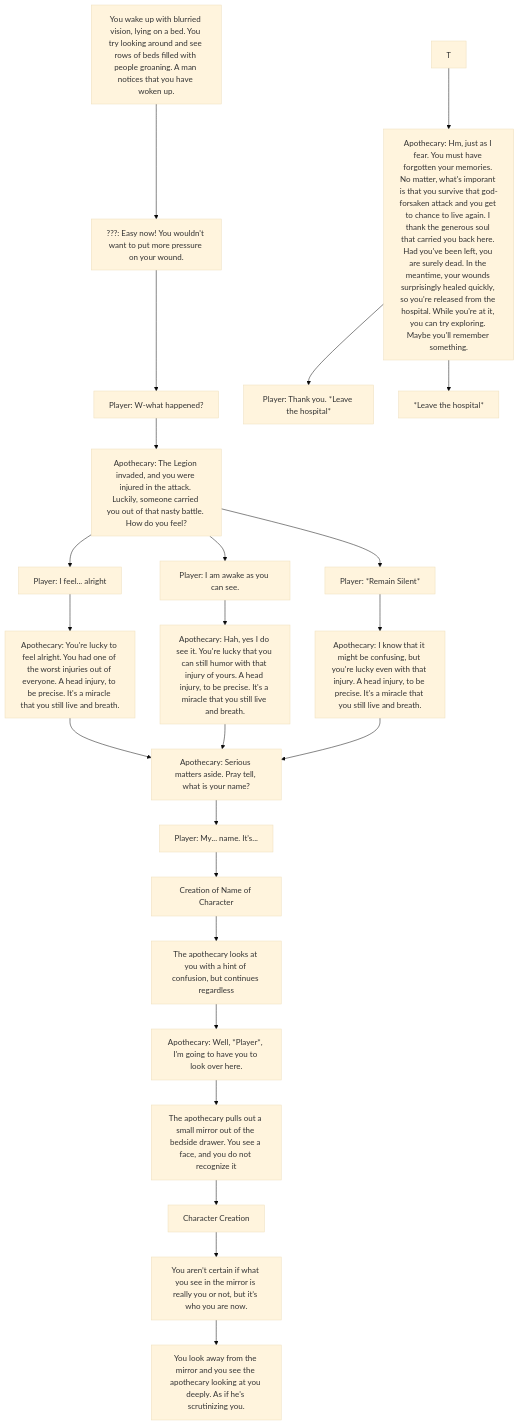
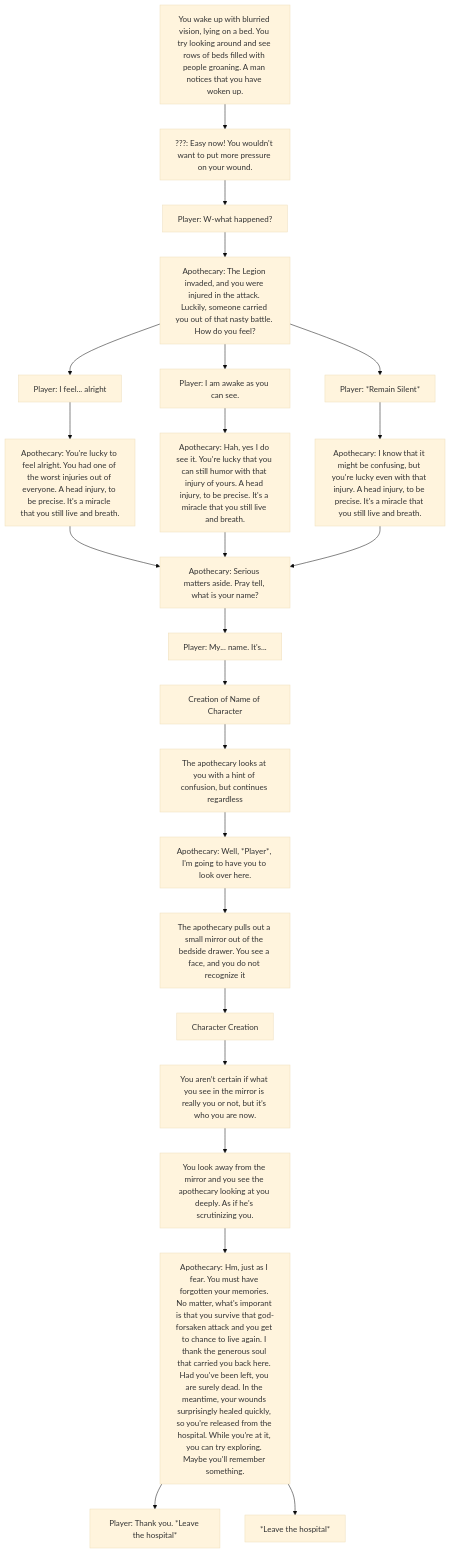
The diagram in Q1-Apothecary.md (padillaryl/cc3-rpg-DialogueTree), drawn with Mermaid (base theme) before and after one commit.

````diff
--- a/Q1-Apothecary.md
+++ b/Q1-Apothecary.md
@@ -1,32 +1,32 @@
 ```mermaid
 flowchart TD
     A[You wake up with blurried vision, lying on a bed. You try looking around and see rows of beds filled with people groaning. A man notices that you have woken up.]
     A --> B[???: Easy now! You wouldn't want to put more pressure on your wound.] --> C[Player: W-what happened?]
 
     C --> D[Apothecary: The Legion invaded, and you were injured in the attack. Luckily, someone carried you out of that nasty battle. How do you feel?]
     D --> E[Player: I feel... alright]
     D --> F[Player: I am awake as you can see.]
     D --> G[Player: *Remain Silent*]
 
     E  --> H[Apothecary: You're lucky to feel alright. You had one of the worst injuries out of everyone. A head injury, to be precise. It's a miracle that you still live and breath.]
     F --> I[Apothecary: Hah, yes I do see it. You're lucky that you can still humor with that injury of yours. A head injury, to be precise. It's a miracle that you still live and breath.]
     G --> J[Apothecary: I know that it might be confusing, but you're lucky even with that injury. A head injury, to be precise. It's a miracle that you still live and breath.]
 
     H & I & J --> K[Apothecary: Serious matters aside. Pray tell, what is your name?]
     K --> L[Player: My...  name. It's...]
     L --> M[Creation of Name of Character]
 
     M --> N[The apothecary looks at you with a hint of confusion, but continues regardless]
     N --> O[Apothecary: Well, *Player*, I'm going to have you to look over here.]
     O --> P[The apothecary pulls out a small mirror out of the bedside drawer. You see a face, and you do not recognize it]
     P --> Q[Character Creation]
 
     Q --> R[You aren’t certain if what you see in the mirror is really you or not, but it’s who you are now.]
     R --> S[You look away from the mirror and you see the apothecary looking at you deeply. As if he's scrutinizing you.]
 
-    T --> U[Apothecary: Hm, just as I fear. You must have forgotten your memories. No matter, what's imporant is that you survive that god-forsaken attack and you get to chance to live again. I thank the generous soul that carried you back here. Had you've been left, you are surely dead. In the meantime, your wounds surprisingly healed quickly, so you're released from the hospital. While you're at it, you can try exploring. Maybe you'll remember something.]
+    S --> T[Apothecary: Hm, just as I fear. You must have forgotten your memories. No matter, what's imporant is that you survive that god-forsaken attack and you get to chance to live again. I thank the generous soul that carried you back here. Had you've been left, you are surely dead. In the meantime, your wounds surprisingly healed quickly, so you're released from the hospital. While you're at it, you can try exploring. Maybe you'll remember something.]
 
-    U --> V[Player: Thank you. *Leave the hospital*]
-    U --> W[*Leave the hospital*]
+    T --> U[Player: Thank you. *Leave the hospital*]
+    T --> V[*Leave the hospital*]
     
 ```
````
